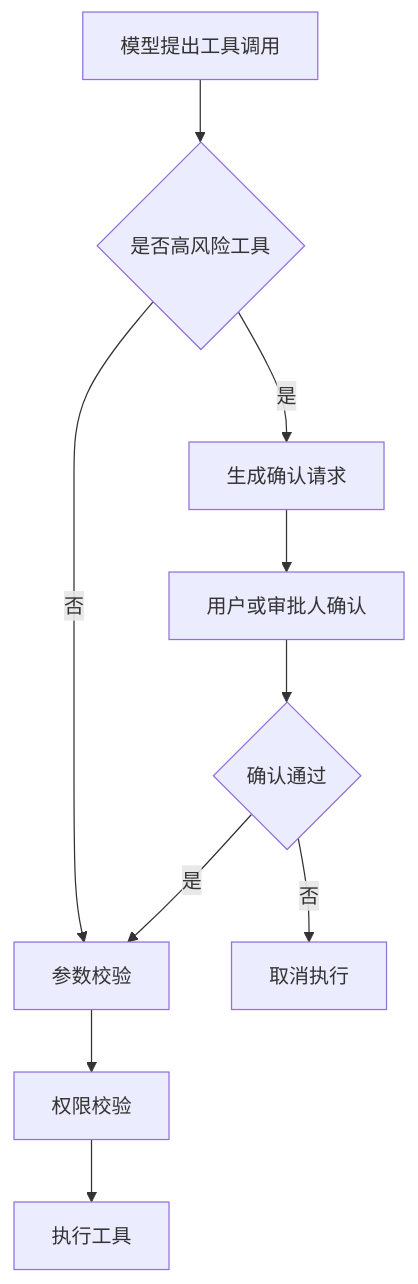
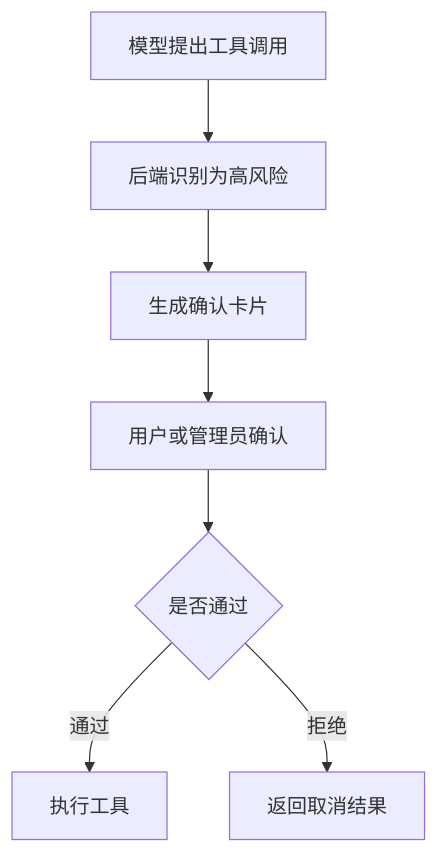
One commit to yanishuang/learn_ai_agent changed the second of 2 diagrams in chapters/05-tool-calling.md. Above: the diagram before and after it, drawn with Mermaid. The commit also changed other lines of this file and 12 other files, not shown here.

````diff
--- a/chapters/05-tool-calling.md
+++ b/chapters/05-tool-calling.md
@@ -733,12 +544,9 @@
 ```mermaid
 flowchart TD
-    A["模型提出工具调用"] --> B{"是否高风险工具"}
-    B -- 否 --> C["参数校验"]
-    C --> D["权限校验"]
-    D --> E["执行工具"]
-    B -- 是 --> F["生成确认请求"]
-    F --> G["用户或审批人确认"]
-    G --> H{"确认通过"}
-    H -- 是 --> C
-    H -- 否 --> I["取消执行"]
+    A["模型提出工具调用"] --> B["后端识别为高风险"]
+    B --> C["生成确认卡片"]
+    C --> D["用户或管理员确认"]
+    D --> E{是否通过}
+    E -->|通过| F["执行工具"]
+    E -->|拒绝| G["返回取消结果"]
 ```
````
